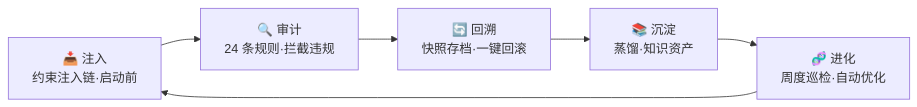
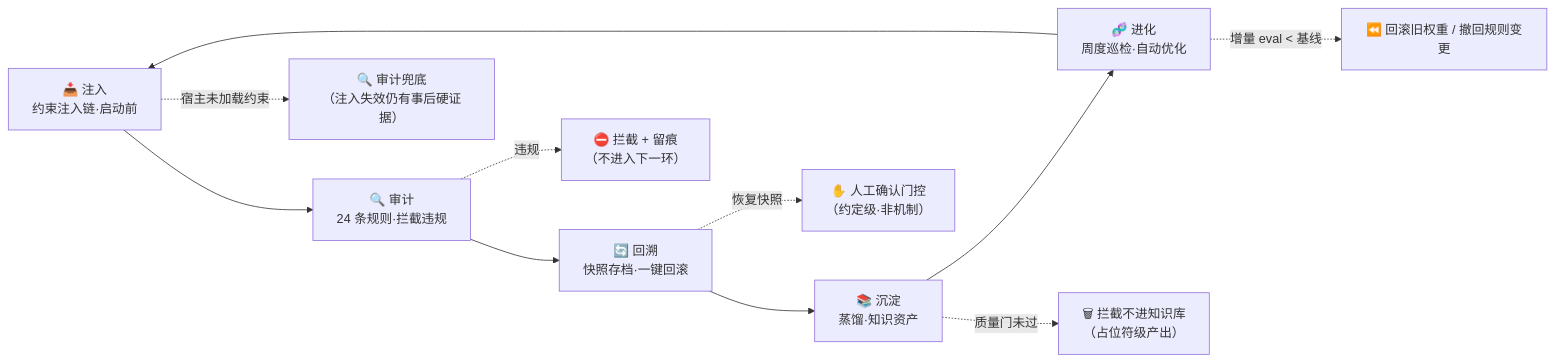
Before and after one commit to KongFangXun/sofagent: the sixth of 10 diagrams in docs/ARCHITECTURE.md, drawn with Mermaid. The commit also changed other lines of this file and 18 other files, not shown here.

````diff
--- a/docs/ARCHITECTURE.md
+++ b/docs/ARCHITECTURE.md
@@ -394,8 +410,13 @@
 ```mermaid
 graph LR
     A["📥 注入<br/>约束注入链·启动前"] --> B["🔍 审计<br/>24 条规则·拦截违规"]
     B --> C["🔄 回溯<br/>快照存档·一键回滚"]
     C --> D["📚 沉淀<br/>蒸馏·知识资产"]
     D --> E["🧬 进化<br/>周度巡检·自动优化"]
     E --> A
+    B -.->|违规| BX["⛔ 拦截 + 留痕<br/>（不进入下一环）"]
+    C -.->|恢复快照| CX["✋ 人工确认门控<br/>（约定级·非机制）"]
+    D -.->|质量门未过| DX["🗑 拦截不进知识库<br/>（占位符级产出）"]
+    E -.->|增量 eval < 基线| EX["⏪ 回滚旧权重 / 撤回规则变更"]
+    A -.->|宿主未加载约束| AX["🔍 审计兜底<br/>（注入失效仍有事后硬证据）"]
 ```
````
